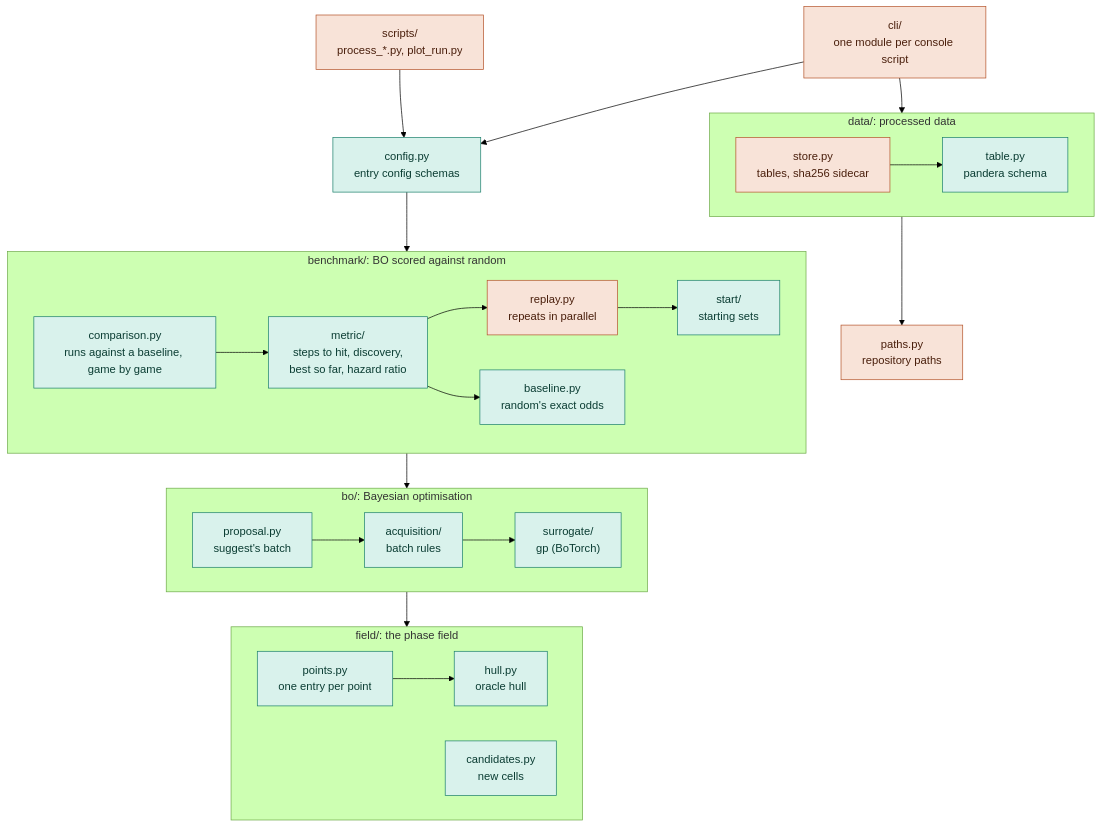
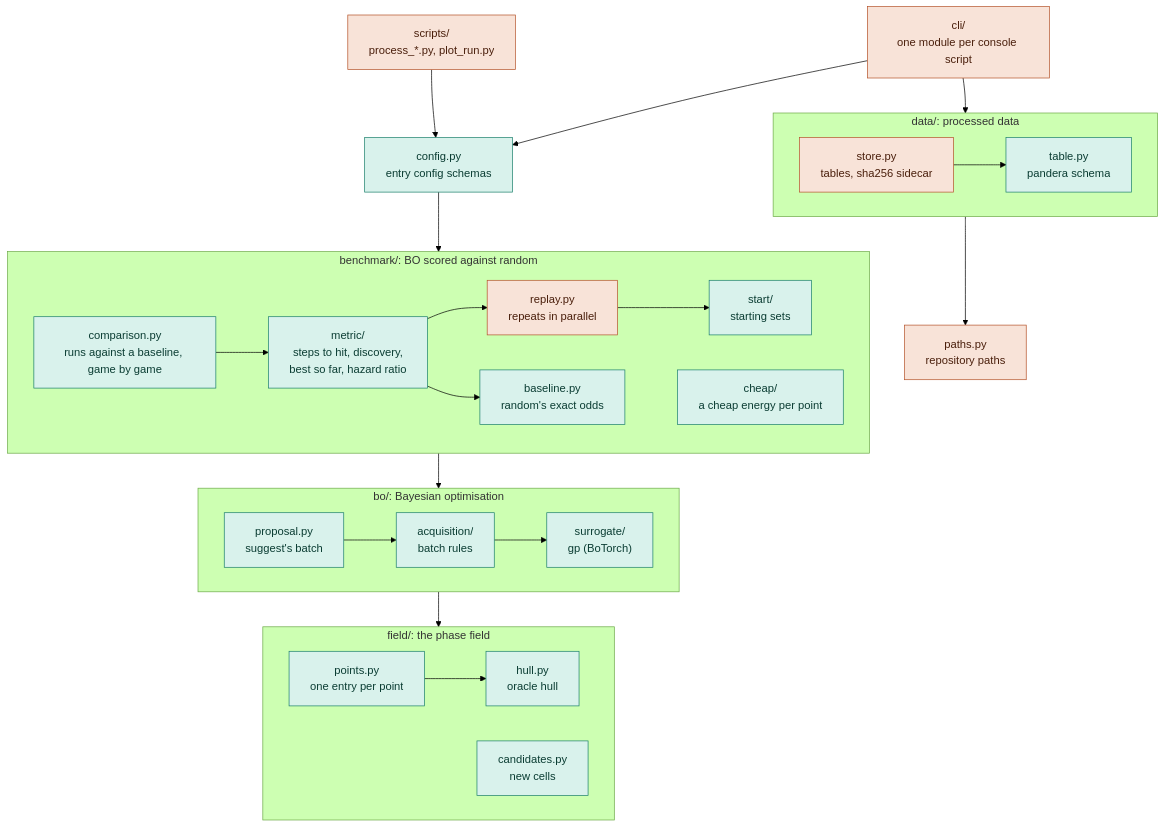
The first of 2 diagrams in CONTRIBUTING.md (nuinashco/PhaseBO), drawn with Mermaid (forest theme) before and after one commit. The commit also changed other lines of this file and 29 other files, not shown here.

````diff
--- a/CONTRIBUTING.md
+++ b/CONTRIBUTING.md
@@ -10,38 +10,39 @@
 ```mermaid
 flowchart TD
     scripts["scripts/<br/>process_*.py, plot_run.py"]:::side
     cli["cli/<br/>one module per console script"]:::side
     config["config.py<br/>entry config schemas"]:::pure
     subgraph benchmark["benchmark/: BO scored against random"]
         comparison["comparison.py<br/>runs against a baseline, game by game"]:::pure
         metric["metric/<br/>steps to hit, discovery,<br/>best so far, hazard ratio"]:::pure
         replay["replay.py<br/>repeats in parallel"]:::side
         start["start/<br/>starting sets"]:::pure
         baseline["baseline.py<br/>random's exact odds"]:::pure
+        cheap["cheap/<br/>a cheap energy per point"]:::pure
         comparison --> metric --> replay --> start
         metric --> baseline
     end
     subgraph bo["bo/: Bayesian optimisation"]
         proposal["proposal.py<br/>suggest's batch"]:::pure
         acquisition["acquisition/<br/>batch rules"]:::pure
         surrogate["surrogate/<br/>gp (BoTorch)"]:::pure
         proposal --> acquisition --> surrogate
     end
     subgraph field["field/: the phase field"]
         points["points.py<br/>one entry per point"]:::pure
         hull["hull.py<br/>oracle hull"]:::pure
         candidates["candidates.py<br/>new cells"]:::pure
         points --> hull
     end
     subgraph data["data/: processed data"]
         store["store.py<br/>tables, sha256 sidecar"]:::side
         table["table.py<br/>pandera schema"]:::pure
         store --> table
     end
     paths["paths.py<br/>repository paths"]:::side
     scripts --> config
     cli --> config --> benchmark --> bo --> field
     cli --> data --> paths
     classDef pure fill:#d9f2ec,stroke:#1b7f6b,color:#0b3d33
     classDef side fill:#f8e3d8,stroke:#b4532a,color:#4a1f0c
 ```
````
